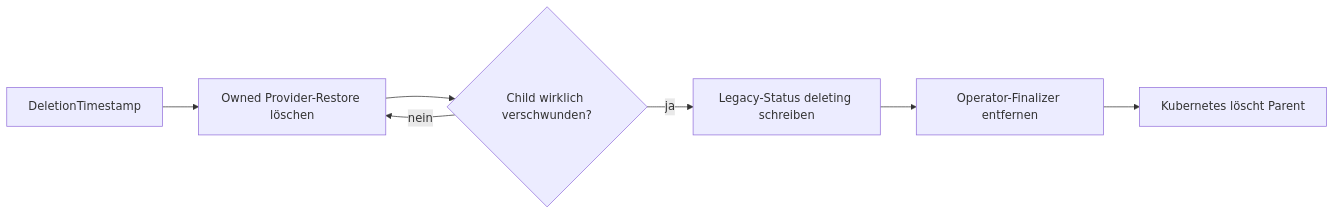
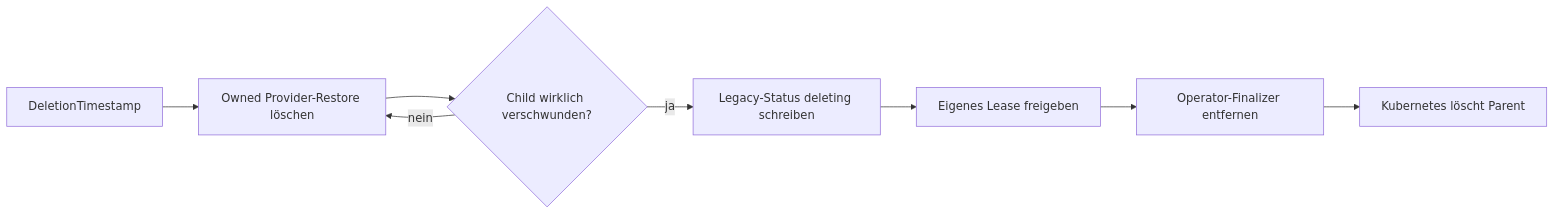
The fifth of 5 diagrams in docs/development/restore/restore_process_de.MD (cloudogu/k8s-backup-operator), drawn with Mermaid before and after one commit. The commit also changed other lines of this file and 19 other files, not shown here.

````diff
--- a/docs/development/restore/restore_process_de.MD
+++ b/docs/development/restore/restore_process_de.MD
@@ -399,9 +404,10 @@
 ```mermaid
 flowchart LR
     A[DeletionTimestamp] --> B[Owned Provider-Restore löschen]
     B --> C{Child wirklich verschwunden?}
     C -- nein --> B
     C -- ja --> D[Legacy-Status deleting schreiben]
-    D --> E[Operator-Finalizer entfernen]
-    E --> F[Kubernetes löscht Parent]
+    D --> E[Eigenes Lease freigeben]
+    E --> F[Operator-Finalizer entfernen]
+    F --> G[Kubernetes löscht Parent]
 ```
````
